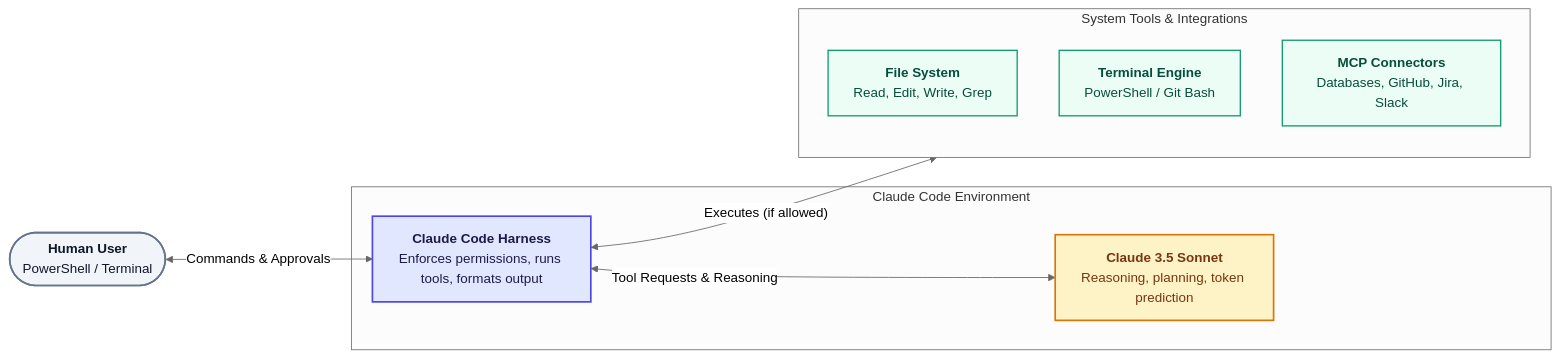
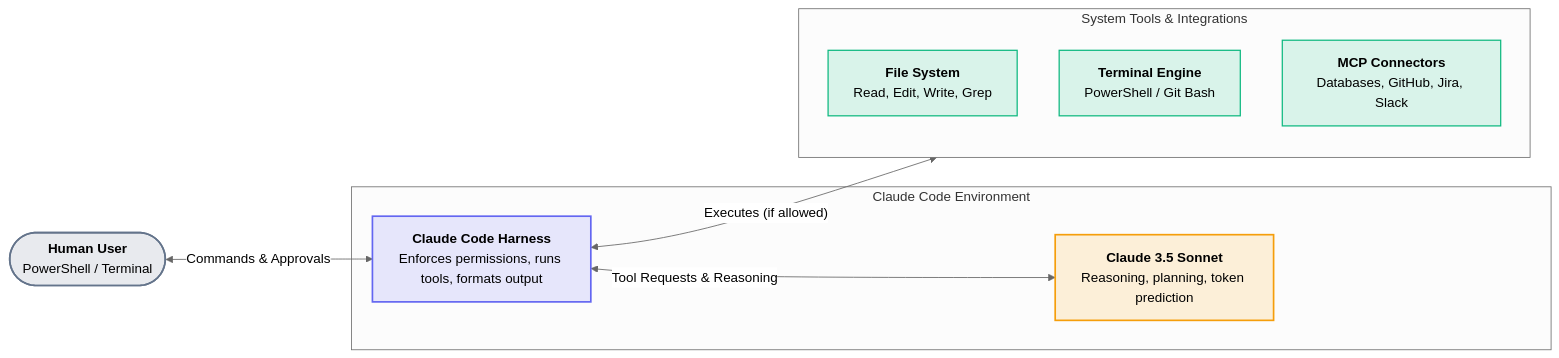
Before and after one commit to Sharath-B-7/AI-Learning: the diagram in docs/foundations/part-b/module-11-tools-and-harness.md, drawn with Mermaid (neutral theme). The commit also changed 10 other files, not shown here.

````diff
--- a/docs/foundations/part-b/module-11-tools-and-harness.md
+++ b/docs/foundations/part-b/module-11-tools-and-harness.md
@@ -39,27 +39,27 @@
 ```mermaid
 flowchart LR
     User(["<b>Human User</b><br/>PowerShell / Terminal"]) <-->|"Commands & Approvals"| Harness
 
     subgraph ClaudeCode["Claude Code Environment"]
         Harness["<b>Claude Code Harness</b><br/>Enforces permissions, runs tools, formats output"]
         Brain["<b>Claude 3.5 Sonnet</b><br/>Reasoning, planning, token prediction"]
         Harness <-->|"Tool Requests & Reasoning"| Brain
     end
 
     subgraph Tools["System Tools & Integrations"]
         FS["<b>File System</b><br/>Read, Edit, Write, Grep"]
         CLI["<b>Terminal Engine</b><br/>PowerShell / Git Bash"]
         MCP["<b>MCP Connectors</b><br/>Databases, GitHub, Jira, Slack"]
     end
 
     Harness <-->|"Executes (if allowed)"| Tools
 
-    classDef user fill:#f1f5f9,stroke:#64748b,stroke-width:2px,color:#0f172a;
-    classDef harness fill:#e0e7ff,stroke:#4f46e5,stroke-width:2px,color:#1e1b4b;
-    classDef brain fill:#fef3c7,stroke:#d97706,stroke-width:2px,color:#78350f;
-    classDef tools fill:#ecfdf5,stroke:#059669,stroke-width:1.5px,color:#064e3b;
+    classDef user fill:#64748b26,stroke:#64748b,stroke-width:2px;
+    classDef harness fill:#6366f126,stroke:#6366f1,stroke-width:2px;
+    classDef brain fill:#f59e0b26,stroke:#f59e0b,stroke-width:2px;
+    classDef tools fill:#10b98126,stroke:#10b981,stroke-width:1.5px;
     class User user;
     class Harness harness;
     class Brain brain;
     class FS,CLI,MCP tools;
 ```
````
